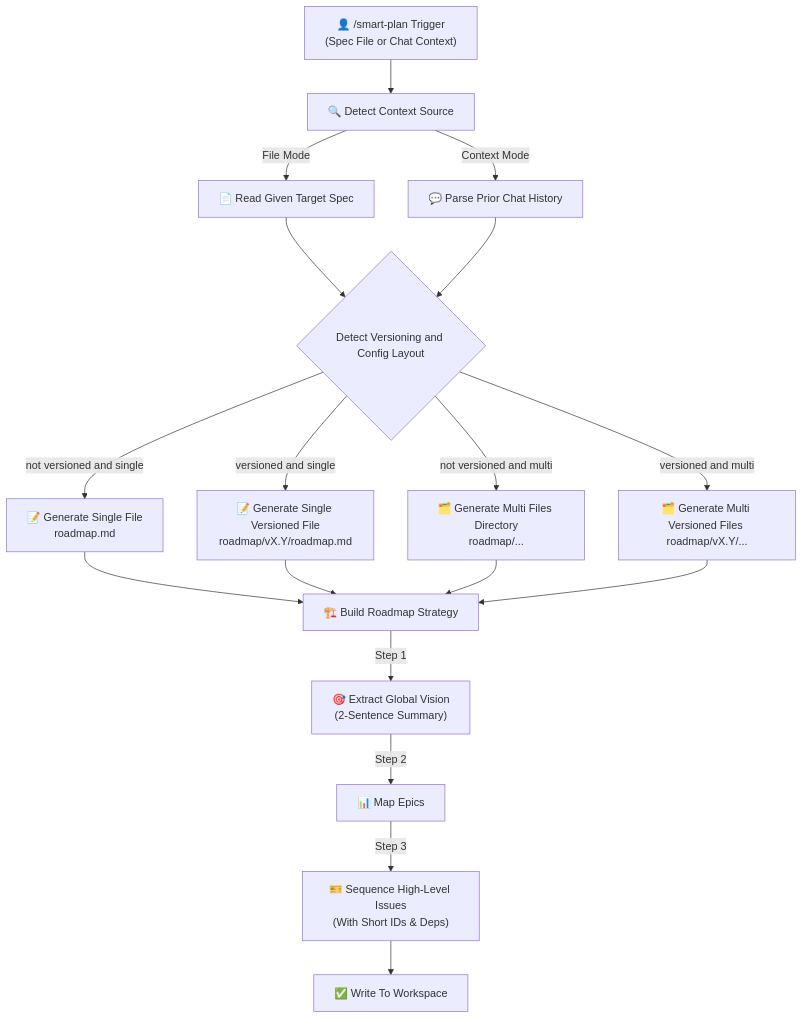
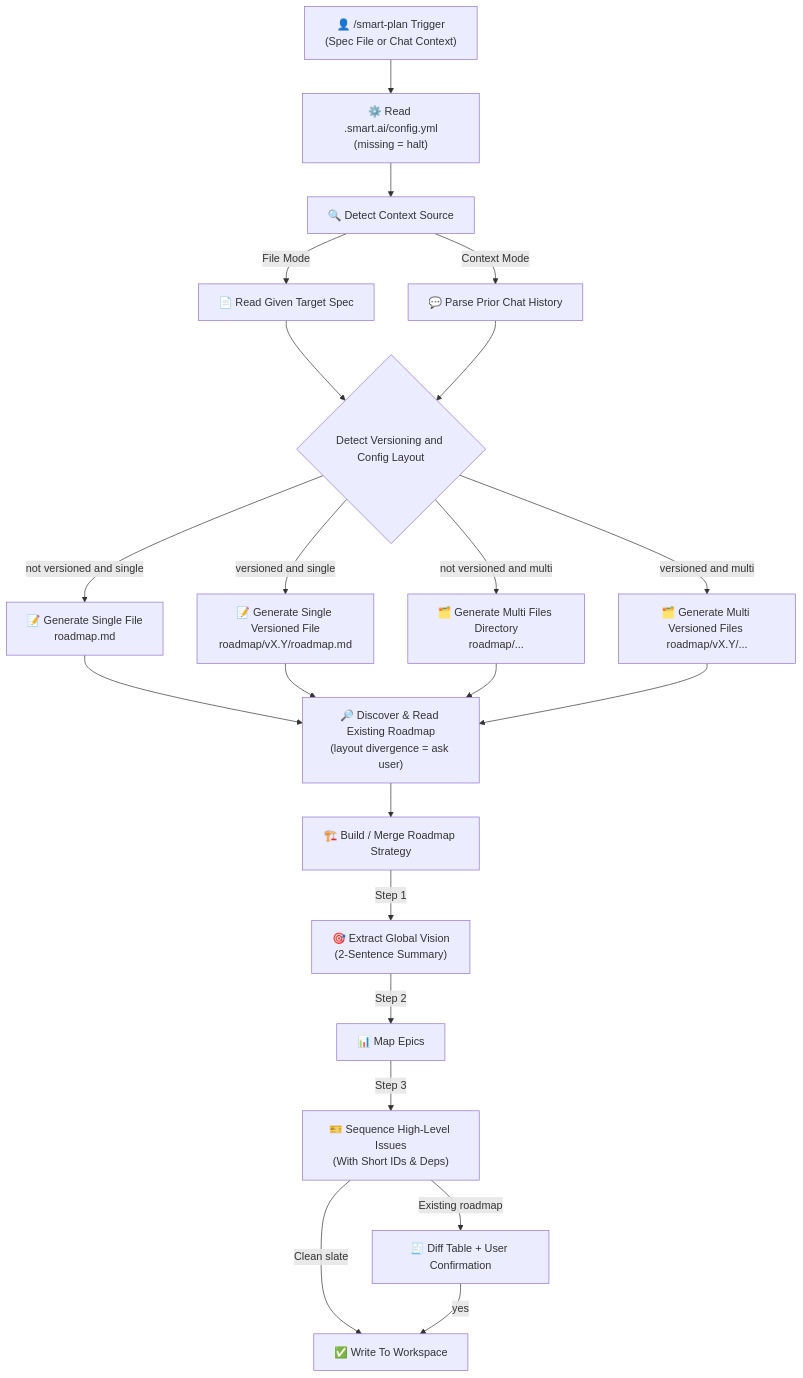
Before and after one commit to fletort/smart-ai-factory: the diagram in docs/pipelines/smart_plan.md, drawn with Mermaid. The commit also changed other lines of this file and 8 other files, not shown here.

Commit message:
feat: add smart-plan skill (#22)

````diff
--- a/docs/pipelines/smart_plan.md
+++ b/docs/pipelines/smart_plan.md
@@ -13,26 +13,31 @@
 ```mermaid
 graph TD
-    Input["👤 /smart-plan Trigger<br/>(Spec File or Chat Context)"] --> Source["🔍 Detect Context Source"]
+    Input["👤 /smart-plan Trigger<br/>(Spec File or Chat Context)"] --> Config["⚙️ Read .smart.ai/config.yml<br/>(missing = halt)"]
+    Config --> Source["🔍 Detect Context Source"]
 
     Source -->|File Mode| ReadFile["📄 Read Given Target Spec"]
     Source -->|Context Mode| ReadChat["💬 Parse Prior Chat History"]
 
     ReadFile --> Strategy{"Detect Versioning and Config Layout"}
     ReadChat --> Strategy
 
     Strategy -->|not versioned and single| Single["📝 Generate Single File<br/>roadmap.md"]
     Strategy -->|versioned and single| SingleVer["📝 Generate Single Versioned File<br/>roadmap/vX.Y/roadmap.md"]
     Strategy -->|not versioned and multi| Multi["🗂️ Generate Multi Files Directory<br/>roadmap/..."]
     Strategy -->|versioned and multi| MultiVer["🗂️ Generate Multi Versioned Files <br/>roadmap/vX.Y/..."]
 
-    Single --> Process["🏗️ Build Roadmap Strategy"]
-    SingleVer --> Process
-    Multi --> Process
-    MultiVer --> Process
+    Single --> Discover["🔎 Discover & Read Existing Roadmap<br/>(layout divergence = ask user)"]
+    SingleVer --> Discover
+    Multi --> Discover
+    MultiVer --> Discover
+
+    Discover --> Process["🏗️ Build / Merge Roadmap Strategy"]
 
     Process -->|Step 1| Vision["🎯 Extract Global Vision<br/>(2-Sentence Summary)"]
     Vision -->|Step 2| Epics["📊 Map Epics"]
     Epics -->|Step 3| Issues["🎫 Sequence High-Level Issues<br/>(With Short IDs & Deps)"]
 
-    Issues --> Output["✅ Write To Workspace"]
+    Issues -->|Clean slate| Output["✅ Write To Workspace"]
+    Issues -->|Existing roadmap| Confirm["🧾 Diff Table + User Confirmation"]
+    Confirm -->|yes| Output
 ```
````
